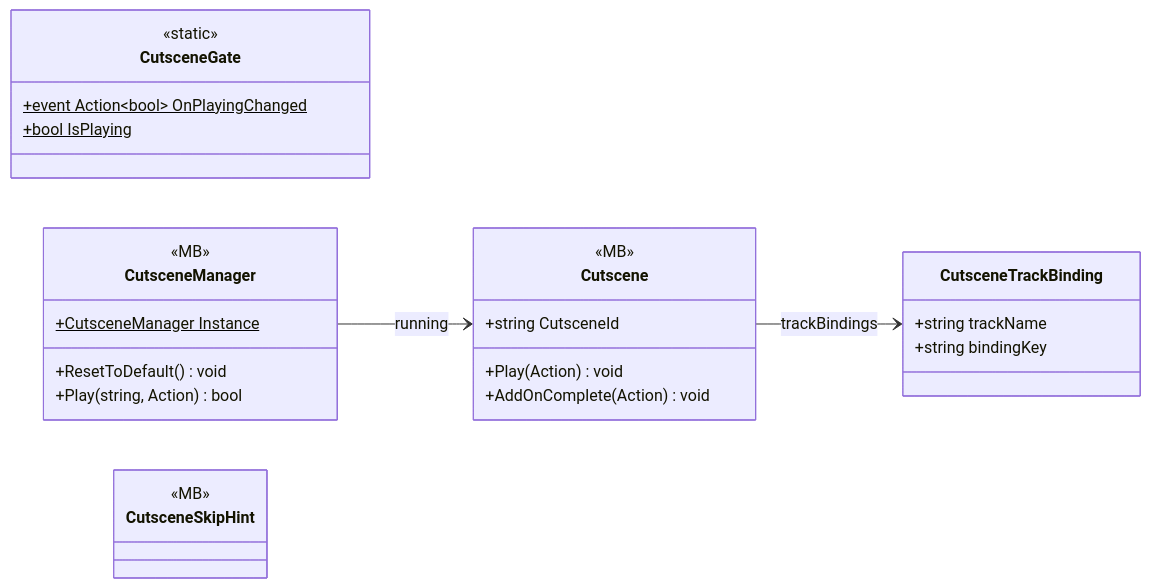
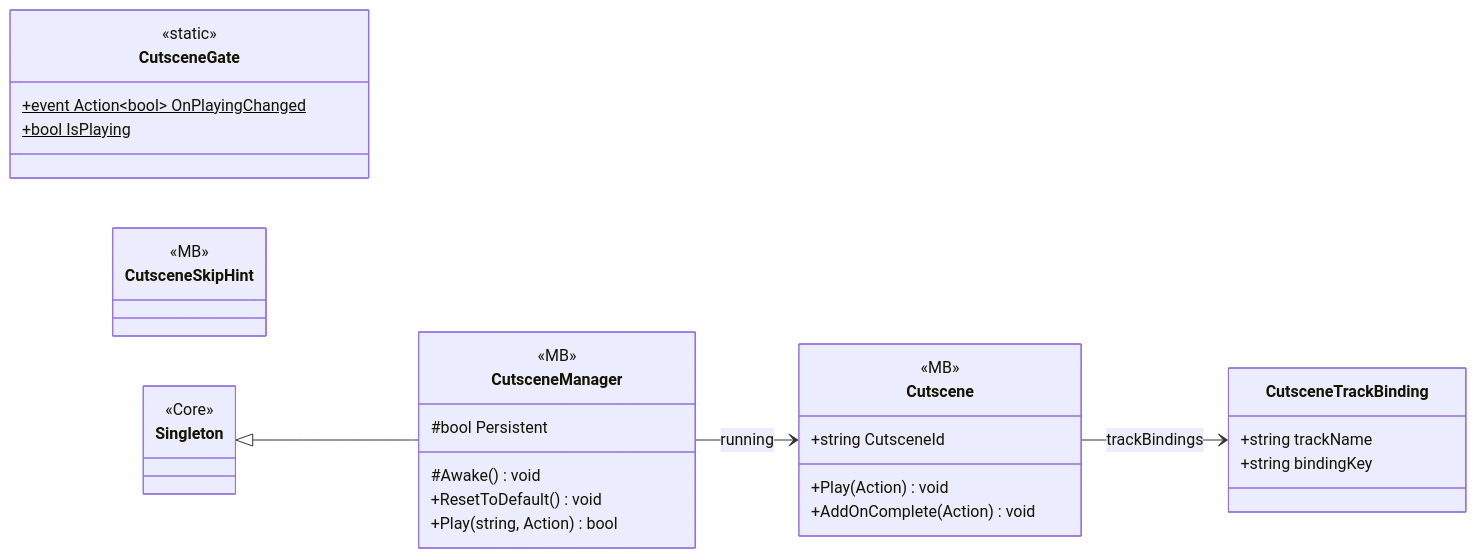
The diagram in docs/uml/modules/Gameplay_Cutscenes.md (PhumipatWave/project-ocean), drawn with Mermaid before and after one commit. The commit also changed other lines of this file and 71 other files, not shown here.

Commit message:
Update UML diagrams

````diff
--- a/docs/uml/modules/Gameplay_Cutscenes.md
+++ b/docs/uml/modules/Gameplay_Cutscenes.md
@@ -7,30 +7,35 @@
 ```mermaid
 classDiagram
   direction LR
   class CutsceneTrackBinding {
     +string trackName
     +string bindingKey
   }
   class Cutscene {
     <<MB>>
     +string CutsceneId
     +Play(Action) void
     +AddOnComplete(Action) void
   }
   class CutsceneGate {
     <<static>>
     +event Action~bool~ OnPlayingChanged$
     +bool IsPlaying$
   }
   class CutsceneManager {
     <<MB>>
-    +CutsceneManager Instance$
+    #bool Persistent
+    #Awake() void
     +ResetToDefault() void
     +Play(string, Action) bool
   }
   class CutsceneSkipHint {
     <<MB>>
   }
+  class Singleton {
+    <<Core>>
+  }
   Cutscene --> CutsceneTrackBinding : trackBindings
   CutsceneManager --> Cutscene : running
+  Singleton <|-- CutsceneManager
 ```
````
